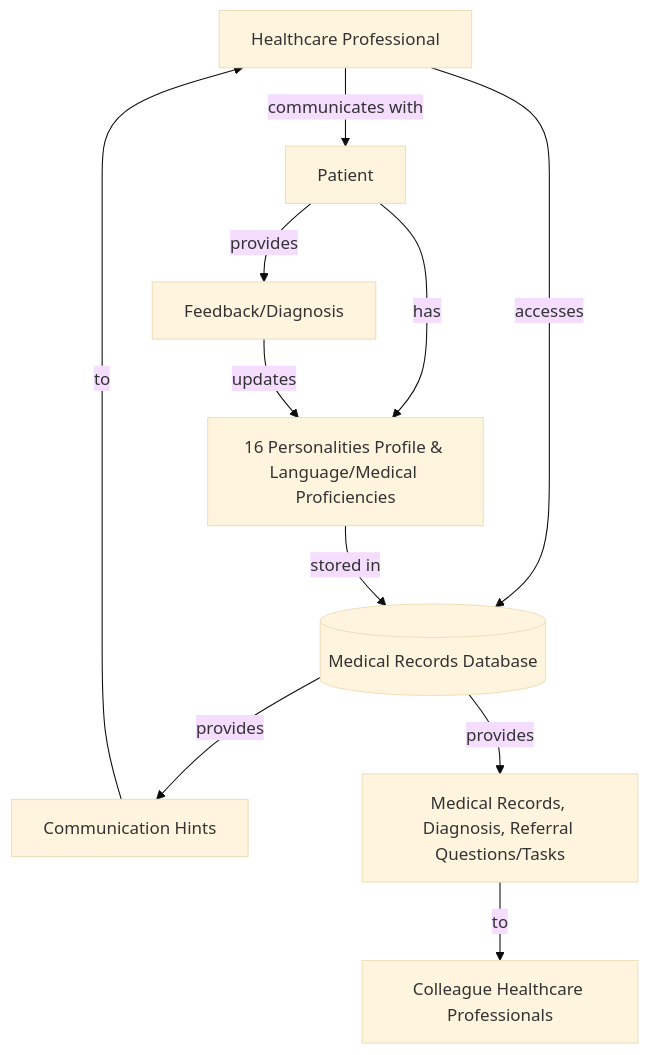
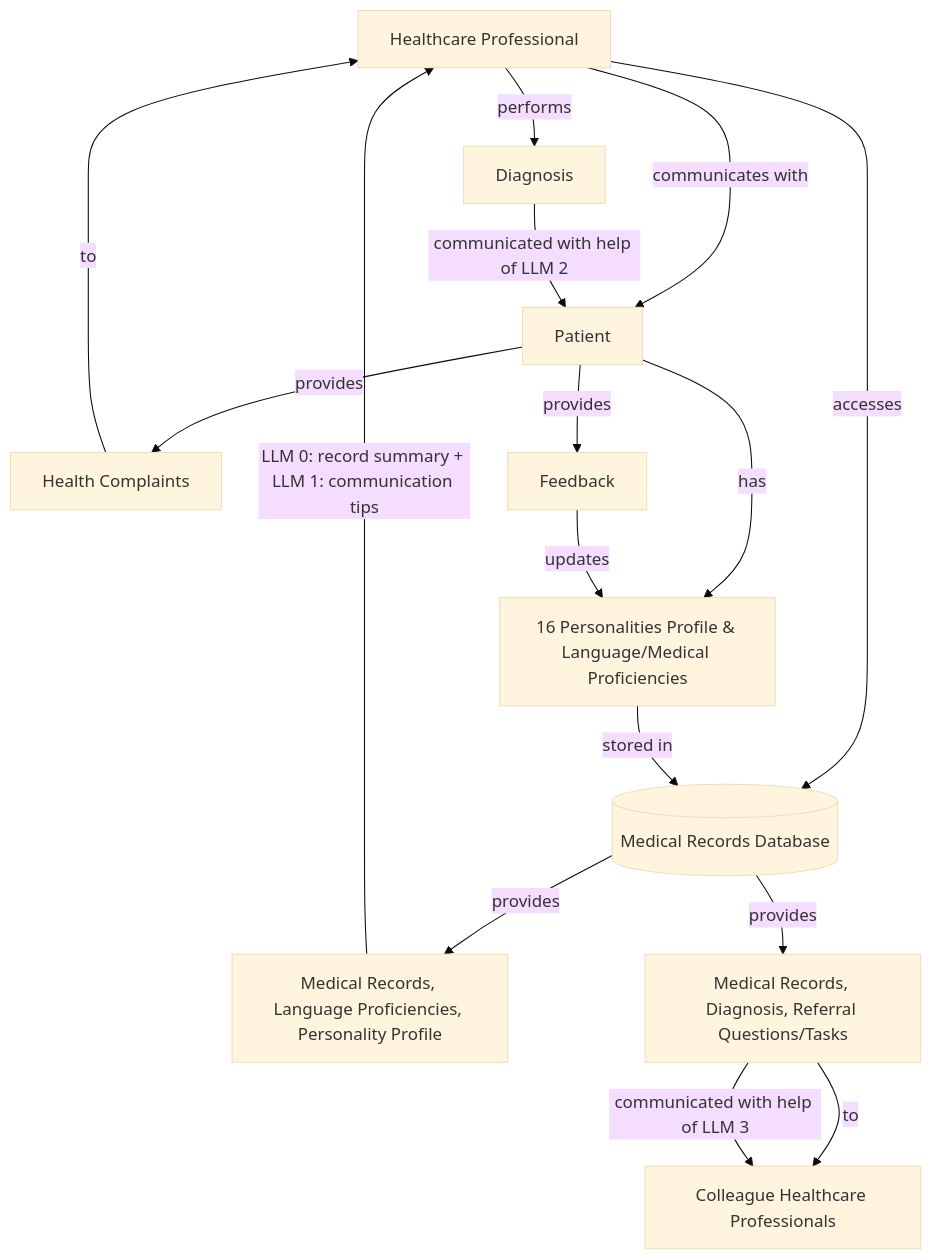
One commit to pkuppens/my_chat_gpt changed the diagram in Hackathon/GenAI/DIAGRAM.md. Above: the diagram before and after it, drawn with Mermaid (base theme). The commit also changed other lines of this file, not shown here.

Commit message:
Hackathon GenAI DIAGRAM

````diff
--- a/Hackathon/GenAI/DIAGRAM.md
+++ b/Hackathon/GenAI/DIAGRAM.md
@@ -1,13 +1,18 @@
 ```mermaid
 flowchart TD
     HealthcareProfessional[Healthcare Professional] -->|accesses| MedicalRecordsDatabase[(Medical Records Database)]
-    Patient[Patient] -->|provides| Feedback[Feedback/Diagnosis]
+    MedicalRecordsDatabase -->|provides| MedicalRecords[Medical Records, Language Proficiencies, Personality Profile]
+    MedicalRecords -->|LLM 0: record summary + LLM 1: communication tips| HealthcareProfessional
+    Patient[Patient] -->|provides| HealthComplaints[Health Complaints]
+    Patient -->|provides| Feedback[Feedback]
     Patient -->|has| Profile[16 Personalities Profile & Language/Medical Proficiencies]
     Feedback -->|updates| Profile
     Profile -->|stored in| MedicalRecordsDatabase
-    MedicalRecordsDatabase -->|provides| Hints[Communication Hints]
-    Hints -->|to| HealthcareProfessional
     HealthcareProfessional -->|communicates with| Patient
+    HealthComplaints -->|to| HealthcareProfessional
+    HealthcareProfessional -->|performs| Diagnosis[Diagnosis]
+    Diagnosis -->|communicated with help of LLM 2| Patient
     MedicalRecordsDatabase -->|provides| ProfessionalRecords[Medical Records, Diagnosis, Referral Questions/Tasks]
     ProfessionalRecords -->|to| ColleagueHealthcareProfessionals[Colleague Healthcare Professionals]
+    ProfessionalRecords -->|communicated with help of LLM 3| ColleagueHealthcareProfessionals
 ```
````
